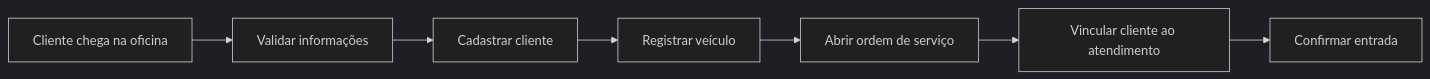
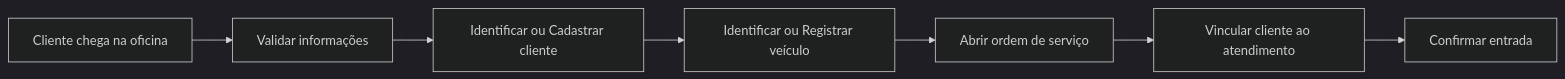
Before and after one commit to j0n4srr/khepri-orchestrator: the first of 2 diagrams in README.md, drawn with Mermaid (dark theme). The commit also changed other lines of this file, not shown here.

Commit message:
docs(readme): update project overview and technical orchestration flows

````diff
--- a/README.md
+++ b/README.md
@@ -40,11 +43,12 @@
 ```mermaid
 flowchart LR
 
 A[Cliente chega na oficina]
 --> B[Validar informações]
---> C[Cadastrar cliente]
---> D[Registrar veículo]
+--> C[Identificar ou Cadastrar cliente]
+--> D[Identificar ou Registrar veículo]
 --> E[Abrir ordem de serviço]
 --> F[Vincular cliente ao atendimento]
 --> G[Confirmar entrada]
+
 ```
````
